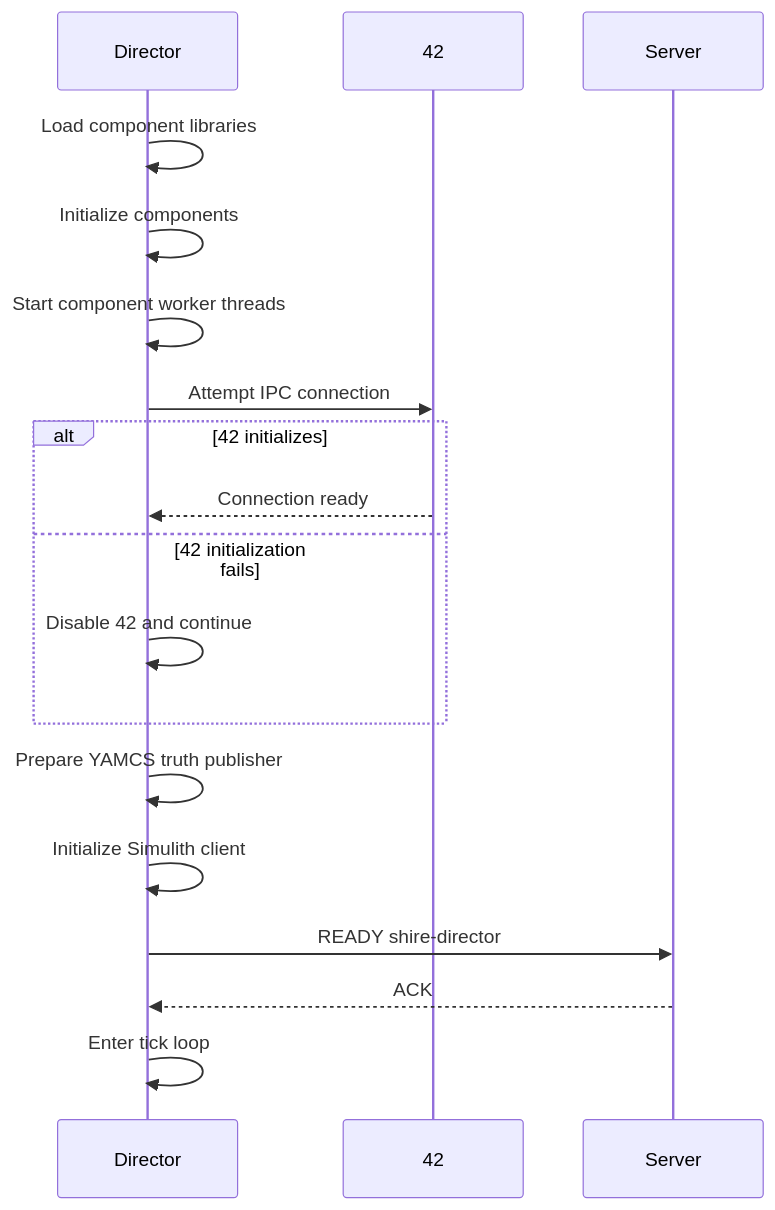
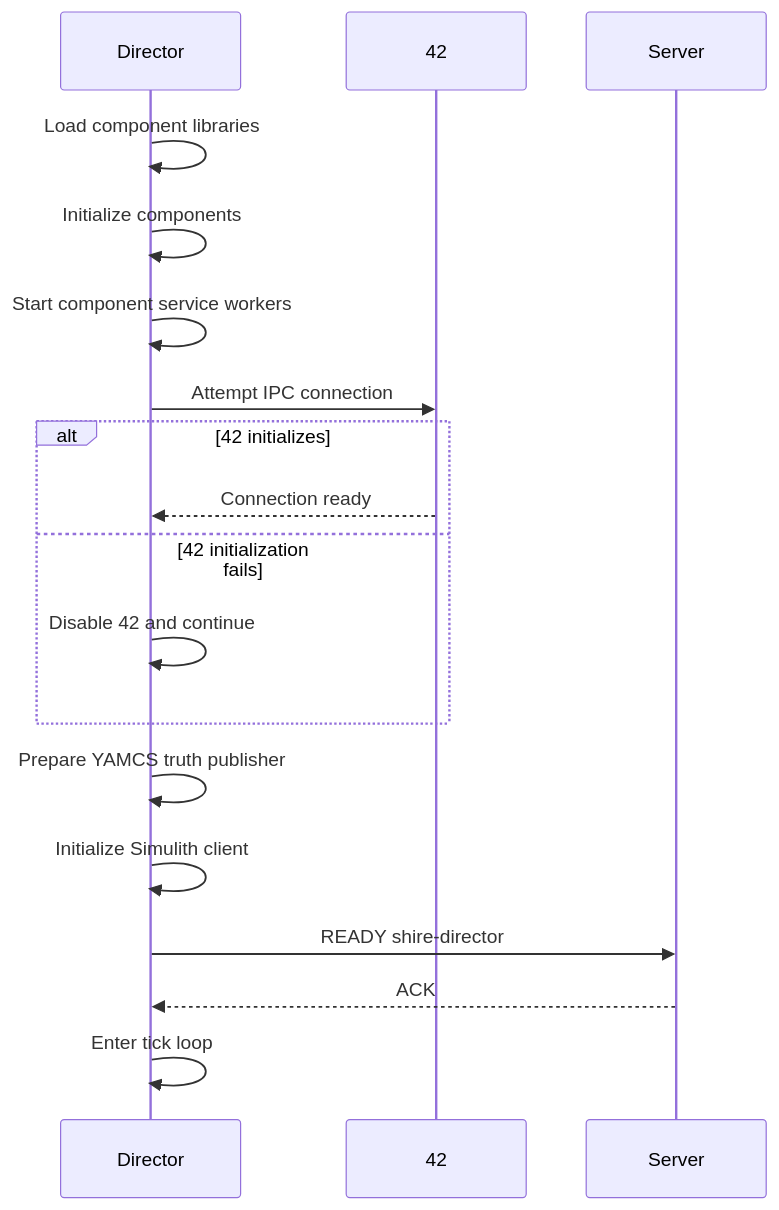
The fourth of 8 diagrams in atlas/docs/manual/core-concepts/architecture.md (VoyagerTechnologies-Public/shire), drawn with Mermaid before and after one commit. The commit also changed other lines of this file and 135 other files, not shown here.

````diff
--- a/atlas/docs/manual/core-concepts/architecture.md
+++ b/atlas/docs/manual/core-concepts/architecture.md
@@ -87,21 +87,21 @@
 ```mermaid
 sequenceDiagram
     participant Director
     participant FortyTwo as 42
     participant Server
 
     Director->>Director: Load component libraries
     Director->>Director: Initialize components
-    Director->>Director: Start component worker threads
+    Director->>Director: Start component service workers
     Director->>FortyTwo: Attempt IPC connection
     alt 42 initializes
         FortyTwo-->>Director: Connection ready
     else 42 initialization fails
         Director->>Director: Disable 42 and continue
     end
     Director->>Director: Prepare YAMCS truth publisher
     Director->>Director: Initialize Simulith client
     Director->>Server: READY shire-director
     Server-->>Director: ACK
     Director->>Director: Enter tick loop
 ```
````
